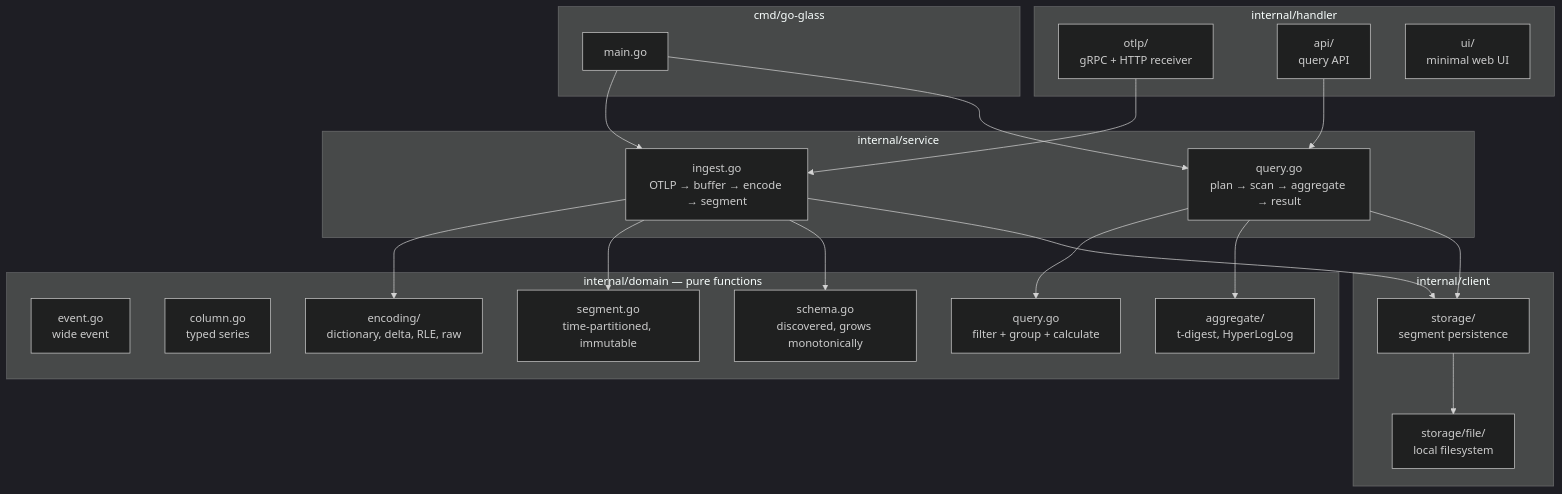
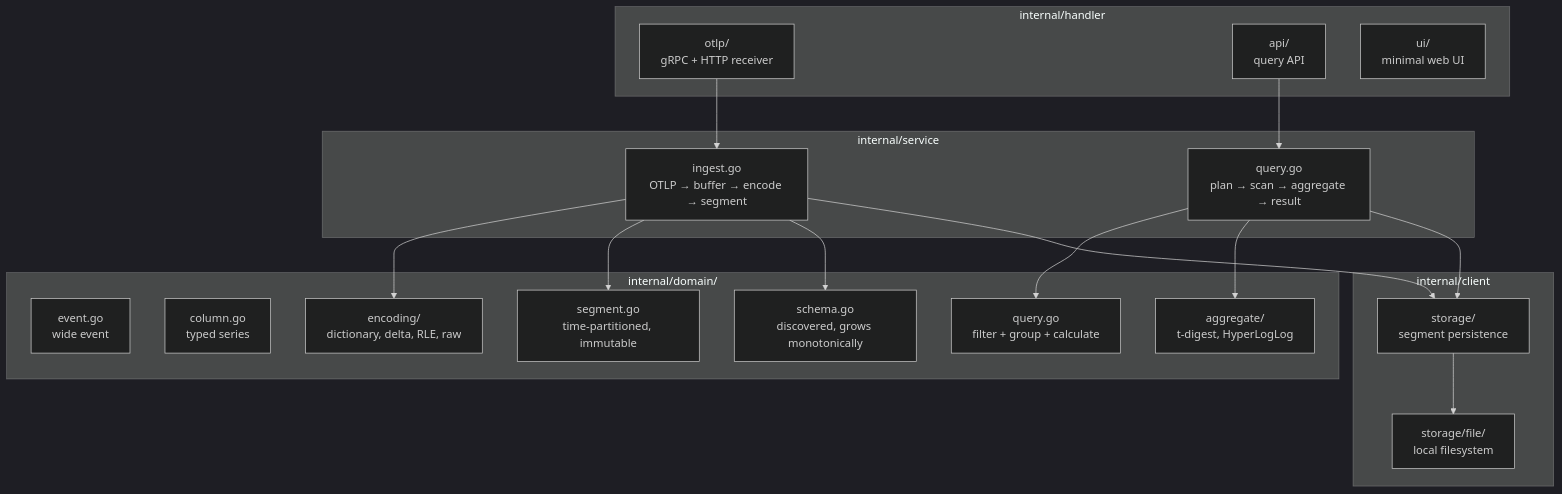
One commit to w-h-a/go-glass changed the second of 2 diagrams in README.md. Above: the diagram before and after it, drawn with Mermaid (dark theme).

Commit message:
docs: update README (#1)

````diff
--- a/README.md
+++ b/README.md
@@ -27,45 +27,39 @@
 ```mermaid
 graph TD
-    subgraph "cmd/go-glass"
-        MAIN[main.go]
-    end
-
-    subgraph "internal/domain — pure functions"
+    subgraph "internal/domain/"
         EV[event.go<br/>wide event]
         COL[column.go<br/>typed series]
         SEG[segment.go<br/>time-partitioned, immutable]
         SCH[schema.go<br/>discovered, grows monotonically]
         QRY[query.go<br/>filter + group + calculate]
         ENC[encoding/<br/>dictionary, delta, RLE, raw]
         AGG[aggregate/<br/>t-digest, HyperLogLog]
     end
 
     subgraph "internal/service"
         ING[ingest.go<br/>OTLP → buffer → encode → segment]
         QE[query.go<br/>plan → scan → aggregate → result]
     end
 
     subgraph "internal/handler"
         OT[otlp/<br/>gRPC + HTTP receiver]
         API[api/<br/>query API]
         UI[ui/<br/>minimal web UI]
     end
 
     subgraph "internal/client"
         ST[storage/<br/>segment persistence]
         STF[storage/file/<br/>local filesystem]
     end
 
-    MAIN --> ING
-    MAIN --> QE
     ING --> ENC
     ING --> SEG
     ING --> SCH
     ING --> ST
     QE --> QRY
     QE --> AGG
     QE --> ST
     OT --> ING
     API --> QE
     ST --> STF
 ```
````
